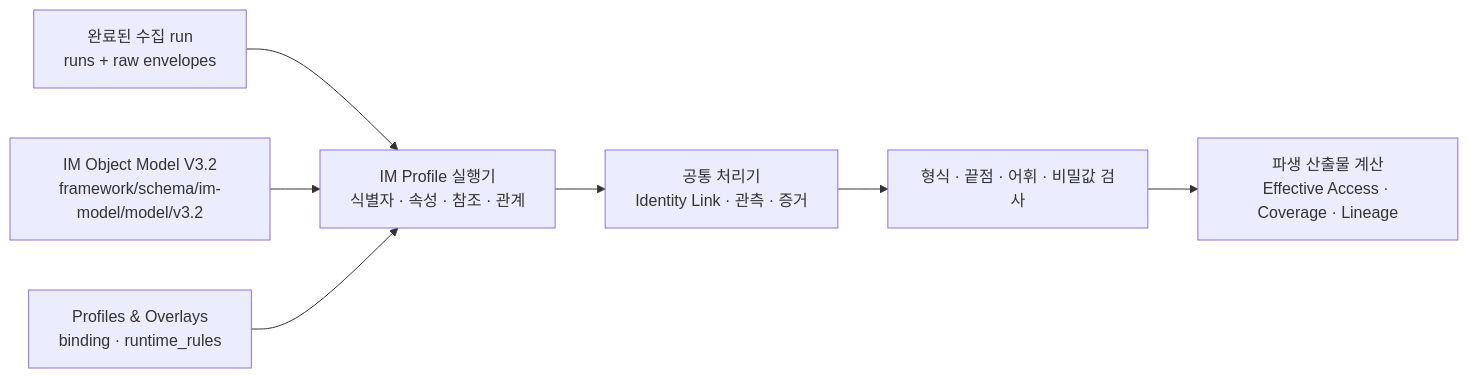
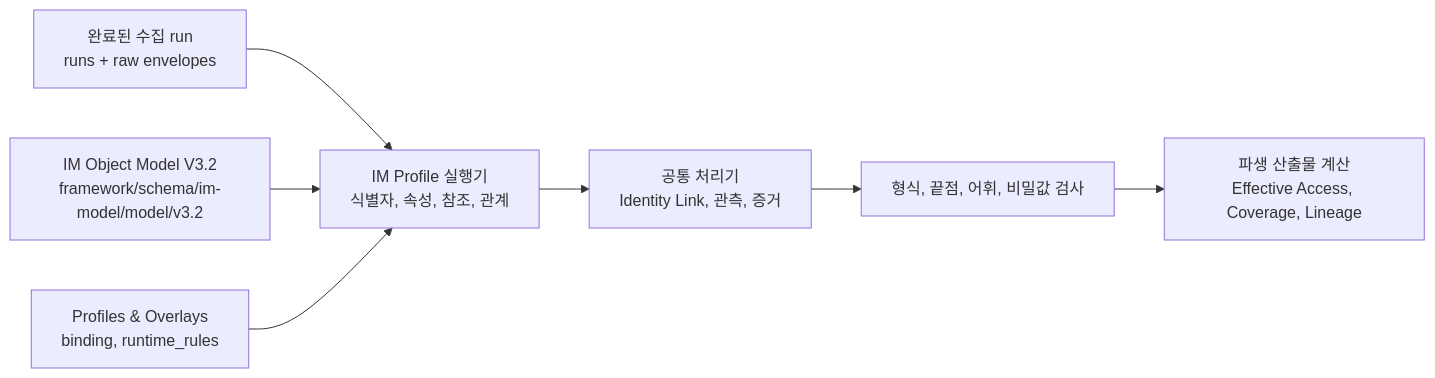
The diagram in docs/02-methodology/04-profile-and-normalization.md (AEGI-Inc/aegi-framework), drawn with Mermaid before and after one commit. The commit also changed other lines of this file and 33 other files, not shown here.

````diff
--- a/docs/02-methodology/04-profile-and-normalization.md
+++ b/docs/02-methodology/04-profile-and-normalization.md
@@ -11,9 +9,9 @@
 ```mermaid
 flowchart LR
-  RAW["완료된 수집 run<br/>runs + raw envelopes"] --> RUNNER["IM Profile 실행기<br/>식별자 · 속성 · 참조 · 관계"]
+  RAW["완료된 수집 run<br/>runs + raw envelopes"] --> RUNNER["IM Profile 실행기<br/>식별자, 속성, 참조, 관계"]
   MODEL["IM Object Model V3.2<br/>framework/schema/im-model/model/v3.2"] --> RUNNER
-  PROF["Profiles & Overlays<br/>binding · runtime_rules"] --> RUNNER
-  RUNNER --> SHARED["공통 처리기<br/>Identity Link · 관측 · 증거"]
-  SHARED --> CHECK["형식 · 끝점 · 어휘 · 비밀값 검사"]
-  CHECK --> PROD["파생 산출물 계산<br/>Effective Access · Coverage · Lineage"]
+  PROF["Profiles & Overlays<br/>binding, runtime_rules"] --> RUNNER
+  RUNNER --> SHARED["공통 처리기<br/>Identity Link, 관측, 증거"]
+  SHARED --> CHECK["형식, 끝점, 어휘, 비밀값 검사"]
+  CHECK --> PROD["파생 산출물 계산<br/>Effective Access, Coverage, Lineage"]
 ```
````
